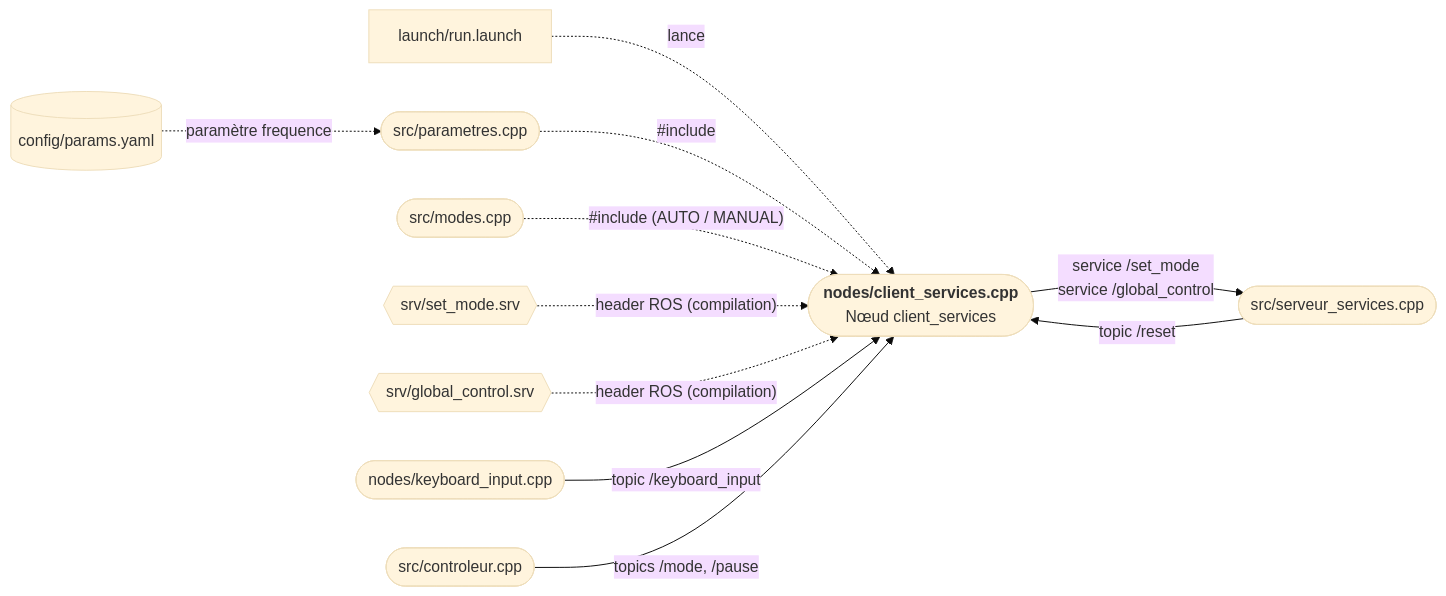
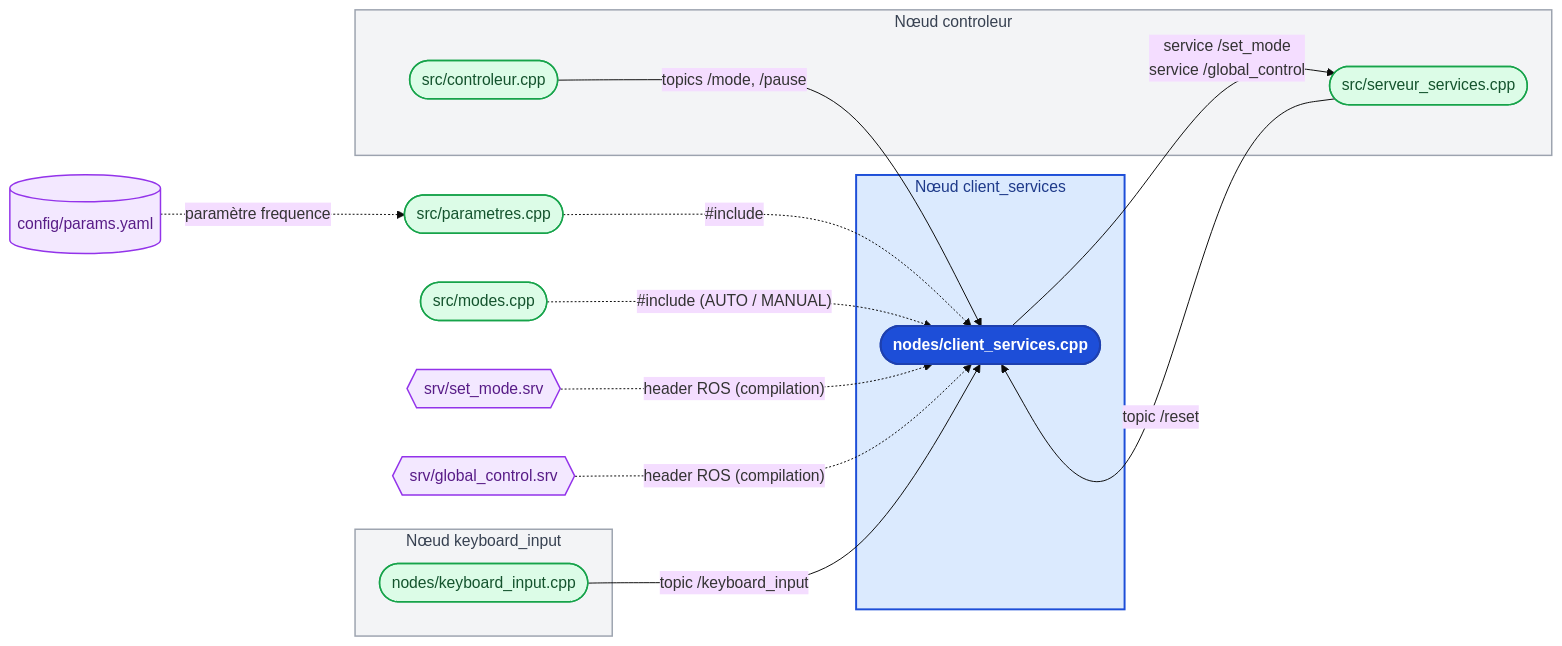
The fifth of 7 diagrams in robotique_et_navigation/Rapport/Rapport.md (benoitdekeyn/E4SE_TD_TP), drawn with Mermaid (base theme) before and after one commit. The commit also changed other lines of this file and 2 other files, not shown here.

Commit message:
colored zoom diagrams

````diff
--- a/robotique_et_navigation/Rapport/Rapport.md
+++ b/robotique_et_navigation/Rapport/Rapport.md
@@ -246,28 +289,43 @@
-```mermaid direction=LR
+```mermaid
 flowchart LR
-    L_RUN["`launch/run.launch`"]
     C_PARAMS[("`config/params.yaml`")]
     M_PARAMS(["`src/parametres.cpp`"])
     M_MODES(["`src/modes.cpp`"])
     S_MODE{{"`srv/set_mode.srv`"}}
     S_CTRL{{"`srv/global_control.srv`"}}
-    N_KEY(["`nodes/keyboard_input.cpp`"])
-    N_CTRL(["`src/controleur.cpp`"])
 
-    NODE(["`**nodes/client_services.cpp**<br/>Nœud client_services`"])
+    subgraph SG_KEY["Nœud keyboard_input"]
+        N_KEY(["`nodes/keyboard_input.cpp`"])
+    end
 
-    N_SSRV(["`src/serveur_services.cpp`"])
+    subgraph SG_CSRV["Nœud client_services"]
+        NODE(["`**nodes/client_services.cpp**`"])
+    end
 
-    L_RUN -.->|"lance"| NODE
+    subgraph SG_CTRL["Nœud controleur"]
+        N_CTRL(["`src/controleur.cpp`"])
+        N_SSRV(["`src/serveur_services.cpp`"])
+    end
+
     C_PARAMS -.->|"paramètre frequence"| M_PARAMS
     M_PARAMS -.->|"#include"| NODE
     M_MODES -.->|"#include (AUTO / MANUAL)"| NODE
     S_MODE -.->|"header ROS (compilation)"| NODE
     S_CTRL -.->|"header ROS (compilation)"| NODE
 
     N_KEY -->|"topic /keyboard_input"| NODE
     N_CTRL -->|"topics /mode, /pause"| NODE
     N_SSRV -->|"topic /reset"| NODE
 
     NODE -->|"service /set_mode<br/>service /global_control"| N_SSRV
+
+    classDef cpp fill:#dcfce7,stroke:#16a34a,stroke-width:1.5px,color:#14532d
+    classDef autre fill:#f3e8ff,stroke:#9333ea,stroke-width:1.5px,color:#581c87
+
+    class M_PARAMS,M_MODES,N_KEY,N_CTRL,N_SSRV cpp
+    class C_PARAMS,S_MODE,S_CTRL autre
+    style SG_CSRV fill:#dbeafe,stroke:#1d4ed8,stroke-width:2px,color:#1e3a8a
+    style NODE fill:#1d4ed8,stroke:#1e40af,stroke-width:2px,color:#ffffff
+    style SG_KEY fill:#f3f4f6,stroke:#9ca3af,stroke-width:1.5px,color:#374151
+    style SG_CTRL fill:#f3f4f6,stroke:#9ca3af,stroke-width:1.5px,color:#374151
 ```
````
